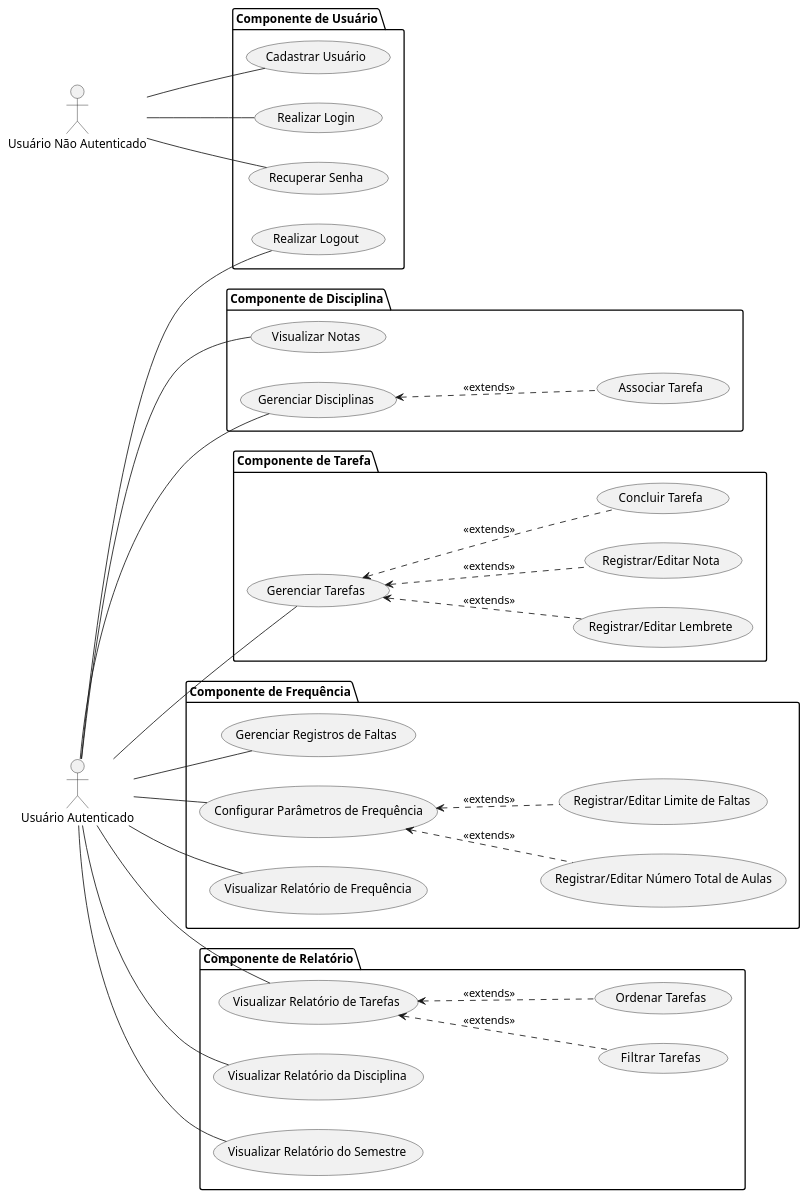
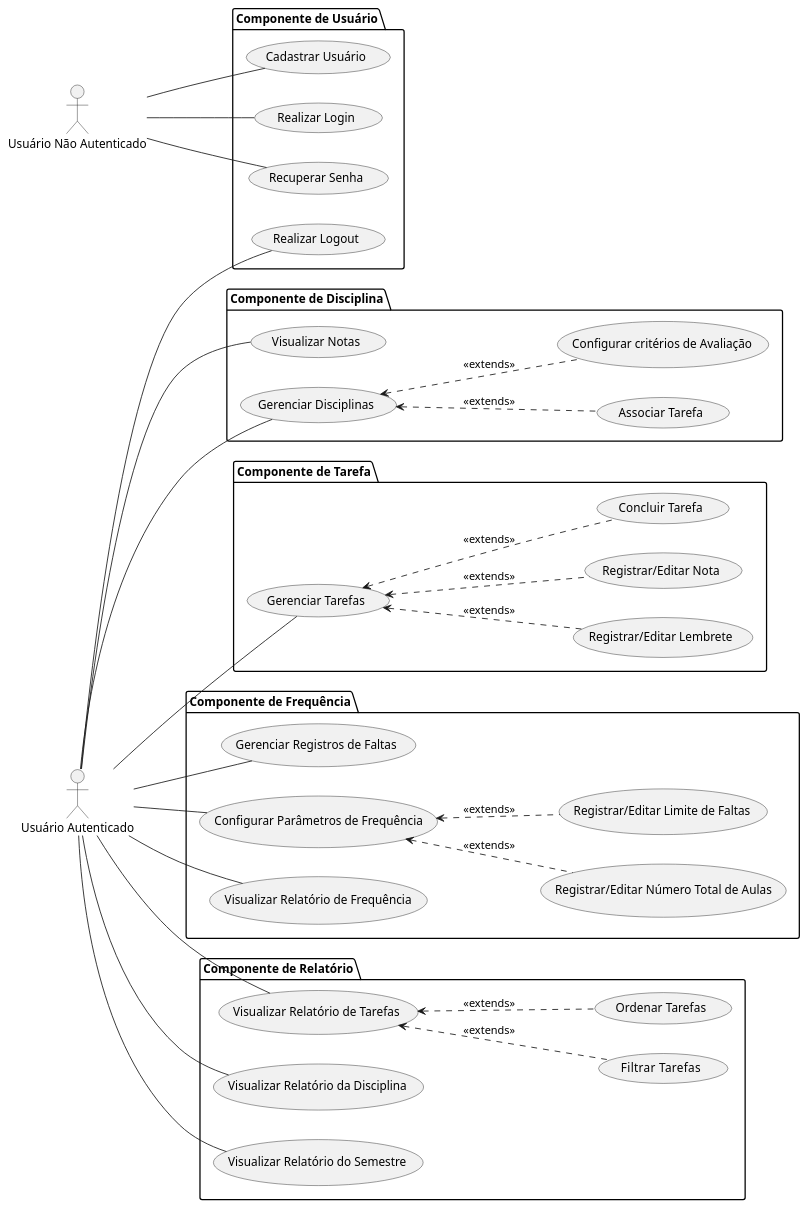
One commit to fcolona/ProjetoFinalAPOO changed the diagram in UML/casos_de_uso.puml. Above: the diagram before and after it, drawn with PlantUML.

Commit message:
Add
Para cumprir:
- O sistema deve permitir incluir e editar os pesos associados a tarefas, provas e trabalhos na disciplina e calcular as médias por grupo de atividades e média final da disciplina

```diff
--- a/UML/casos_de_uso.puml
+++ b/UML/casos_de_uso.puml
@@ -1,73 +1,77 @@
 @startuml "Diagrama de Casos de Uso"
 left to right direction
 
 actor :Usuário Não Autenticado: as anom
 actor :Usuário Autenticado: as user
 
 package "Componente de Usuário" {
     usecase "Cadastrar Usuário" as uc_registration
     usecase "Realizar Login" as uc_login
     usecase "Realizar Logout" as uc_logout
     usecase "Recuperar Senha" as uc_forgot_pass
 }
 anom -- uc_registration
 anom -- uc_login
 anom -- uc_forgot_pass
 user -- uc_logout
 
 
 package "Componente de Disciplina" {
     usecase "Visualizar Notas" as uc_view_grades
 
     usecase "Gerenciar Disciplinas" as uc_disc
     usecase "Associar Tarefa" as uc_association
+    usecase "Configurar critérios de Avaliação" as uc_eval_criteria
+
     
     uc_disc <.. uc_association : <<extends>>
+    uc_disc <.. uc_eval_criteria : <<extends>>
+
 }
 
 package "Componente de Tarefa" {
     usecase "Gerenciar Tarefas" as uc_task
     usecase "Registrar/Editar Lembrete" as uc_reminder
     usecase "Registrar/Editar Nota" as uc_grade
     usecase "Concluir Tarefa" as uc_done
     
     uc_task <.. uc_reminder : <<extends>>
     uc_task <.. uc_grade : <<extends>>
     uc_task <.. uc_done : <<extends>>
 }
 
 user -- uc_disc
 user -- uc_task
 user -- uc_view_grades
 
 
 package "Componente de Frequência" {
     usecase "Gerenciar Registros de Faltas" as uc_freq
     usecase "Configurar Parâmetros de Frequência" as uc_config_freq
     usecase "Registrar/Editar Número Total de Aulas" as uc_classes
     usecase "Registrar/Editar Limite de Faltas" as uc_freq_limit
     usecase "Visualizar Relatório de Frequência" as uc_freq_dashboard
 
     uc_config_freq <.. uc_classes : <<extends>>
     uc_config_freq <.. uc_freq_limit : <<extends>>
 }
 user -- uc_freq
 user -- uc_freq_dashboard
 user -- uc_config_freq
 
 
 package "Componente de Relatório" {
     usecase "Visualizar Relatório de Tarefas" as uc_view_tasks
     usecase "Filtrar  Tarefas" as uc_filter_tasks
     usecase "Ordenar Tarefas" as uc_order_tasks
     usecase "Visualizar Relatório da Disciplina" as uc_view_disc
     usecase "Visualizar Relatório do Semestre" as uc_view_semester
 
     uc_view_tasks <.. uc_filter_tasks : <<extends>>
     uc_view_tasks <.. uc_order_tasks : <<extends>>
 }
 user -- uc_view_tasks
 user -- uc_view_disc
 user -- uc_view_semester
 
 @enduml
```
